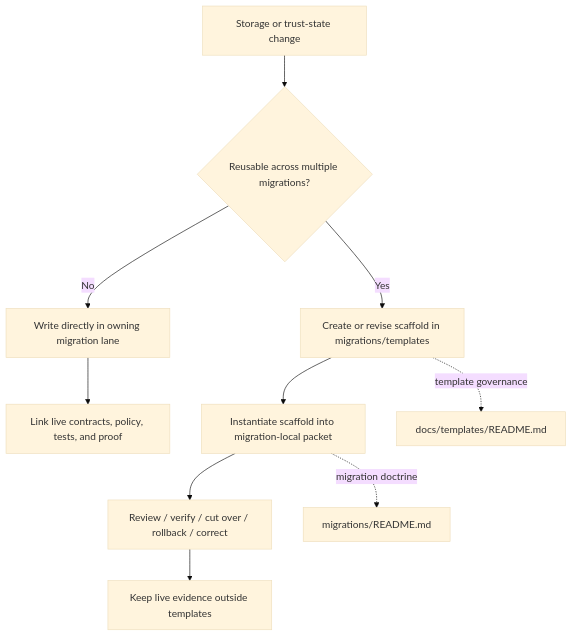
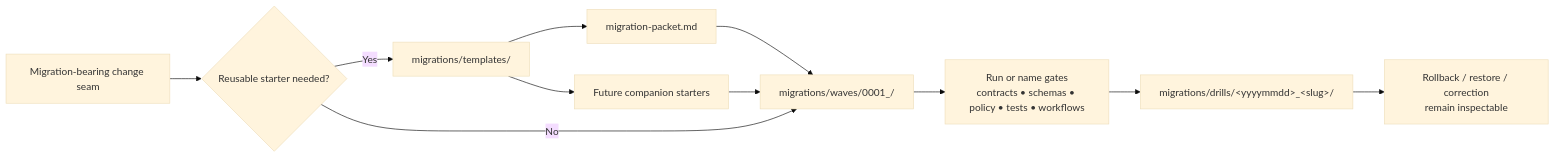
One commit to bartytime4life/Kansas-Frontier-Matrix changed the diagram in migrations/templates/README.md. Above: the diagram before and after it, drawn with Mermaid (base theme). The commit also changed other lines of this file, not shown here.

````diff
--- a/migrations/templates/README.md
+++ b/migrations/templates/README.md
@@ -234,15 +274,16 @@
 ```mermaid
-flowchart TD
-    A[Storage or trust-state change] --> B{Reusable across multiple migrations?}
+flowchart LR
+    A[Migration-bearing change seam] --> B{Reusable starter needed?}
 
-    B -- No --> C[Write directly in owning migration lane]
-    C --> D[Link live contracts, policy, tests, and proof]
+    B -- Yes --> T[migrations/templates/]
+    T --> T1[migration-packet.md]
+    T --> T2[Future companion starters]
+    T1 --> W[migrations/waves/0001_<slug>/]
+    T2 --> W
 
-    B -- Yes --> E[Create or revise scaffold in migrations/templates]
-    E --> F[Instantiate scaffold into migration-local packet]
-    F --> G[Review / verify / cut over / rollback / correct]
-    G --> H[Keep live evidence outside templates]
+    B -- No --> W
 
-    E -. template governance .-> I[docs/templates/README.md]
-    F -. migration doctrine .-> J[migrations/README.md]
+    W --> V[Run or name gates<br/>contracts • schemas • policy • tests • workflows]
+    V --> D[migrations/drills/&lt;yyyymmdd&gt;_&lt;slug&gt;/]
+    D --> R[Rollback / restore / correction<br/>remain inspectable]
 ```
````
